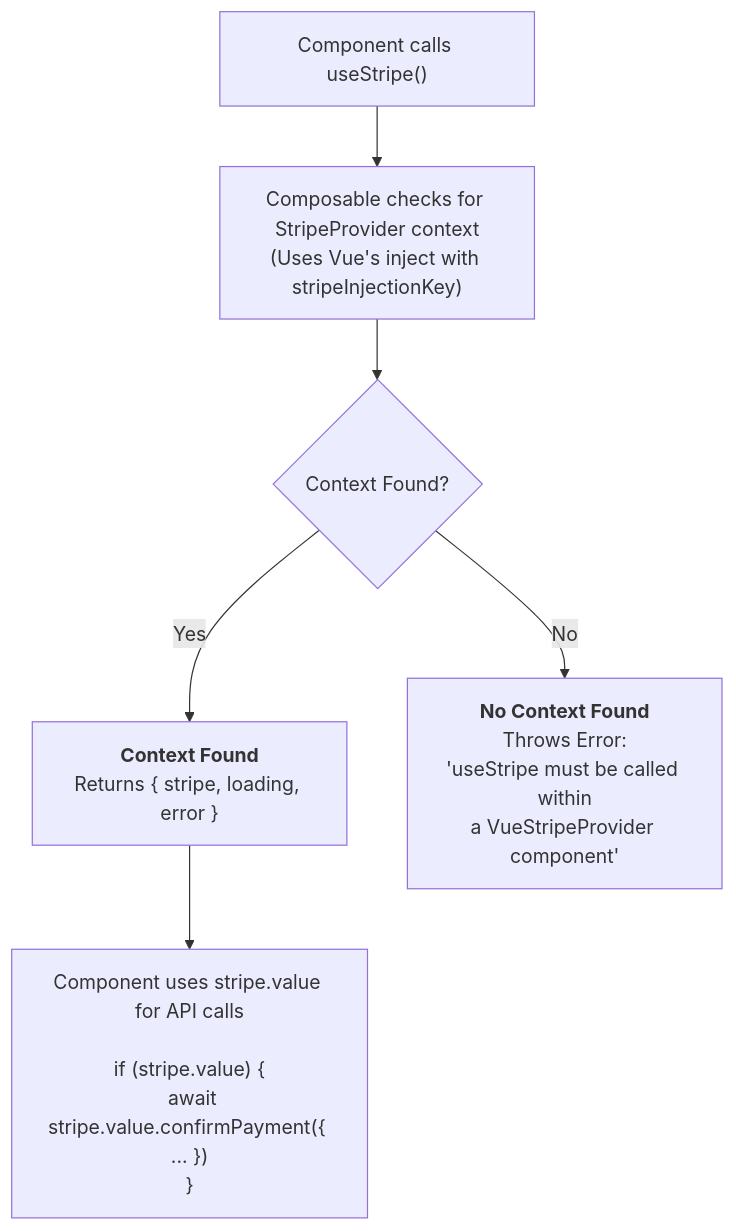
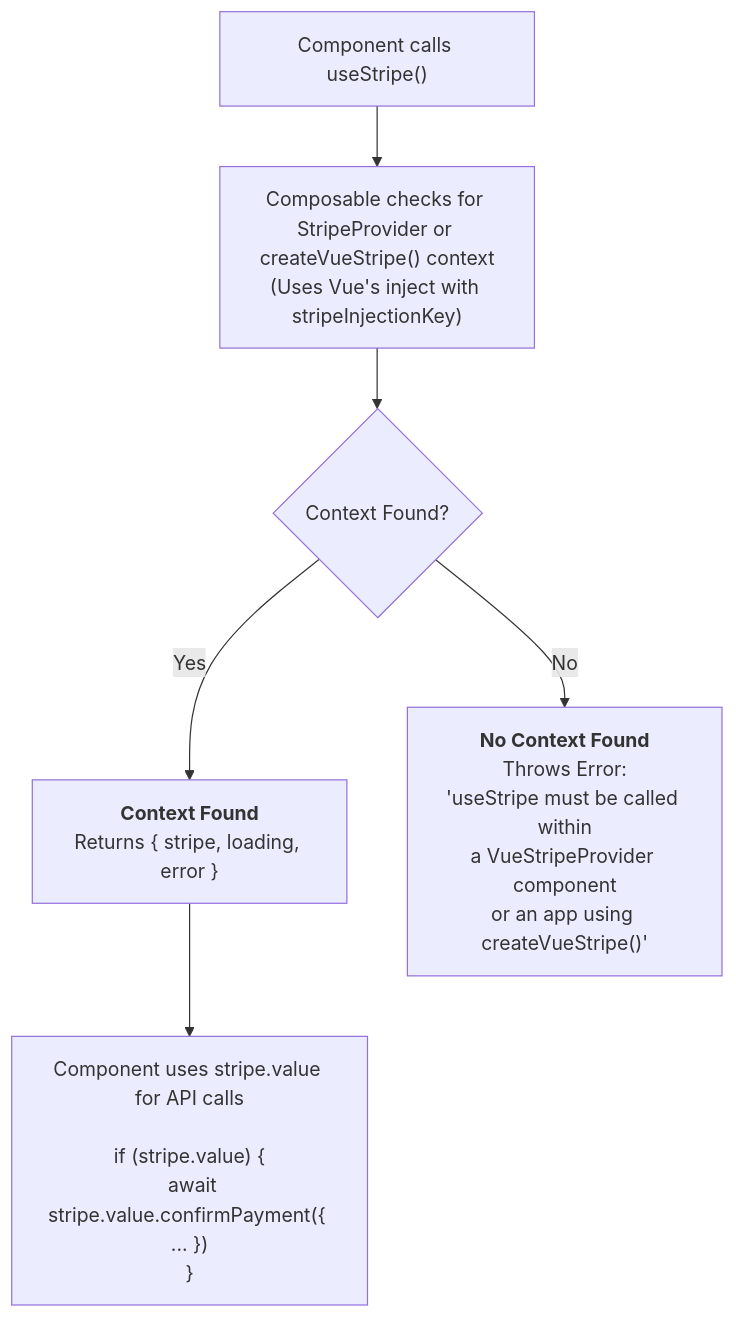
Before and after one commit to vue-stripe/vue-stripe: the diagram in apps/docs/api/composables/use-stripe.md, drawn with Mermaid. The commit also changed other lines of this file and 28 other files, not shown here.

````diff
--- a/apps/docs/api/composables/use-stripe.md
+++ b/apps/docs/api/composables/use-stripe.md
@@ -19,8 +19,8 @@
 ```mermaid
 flowchart TD
-    A["Component calls useStripe()"] --> B["Composable checks for StripeProvider context<br/>(Uses Vue's inject with stripeInjectionKey)"]
+    A["Component calls useStripe()"] --> B["Composable checks for StripeProvider or createVueStripe() context<br/>(Uses Vue's inject with stripeInjectionKey)"]
     B --> C{Context Found?}
     C -->|Yes| D["<b>Context Found</b><br/>Returns { stripe, loading, error }"]
-    C -->|No| E["<b>No Context Found</b><br/>Throws Error:<br/>'useStripe must be called within<br/>a VueStripeProvider component'"]
+    C -->|No| E["<b>No Context Found</b><br/>Throws Error:<br/>'useStripe must be called within<br/>a VueStripeProvider component<br/>or an app using createVueStripe()'"]
     D --> F["Component uses stripe.value for API calls<br/><br/>if (stripe.value) {<br/>  await stripe.value.confirmPayment({ ... })<br/>}"]
 ```
````
